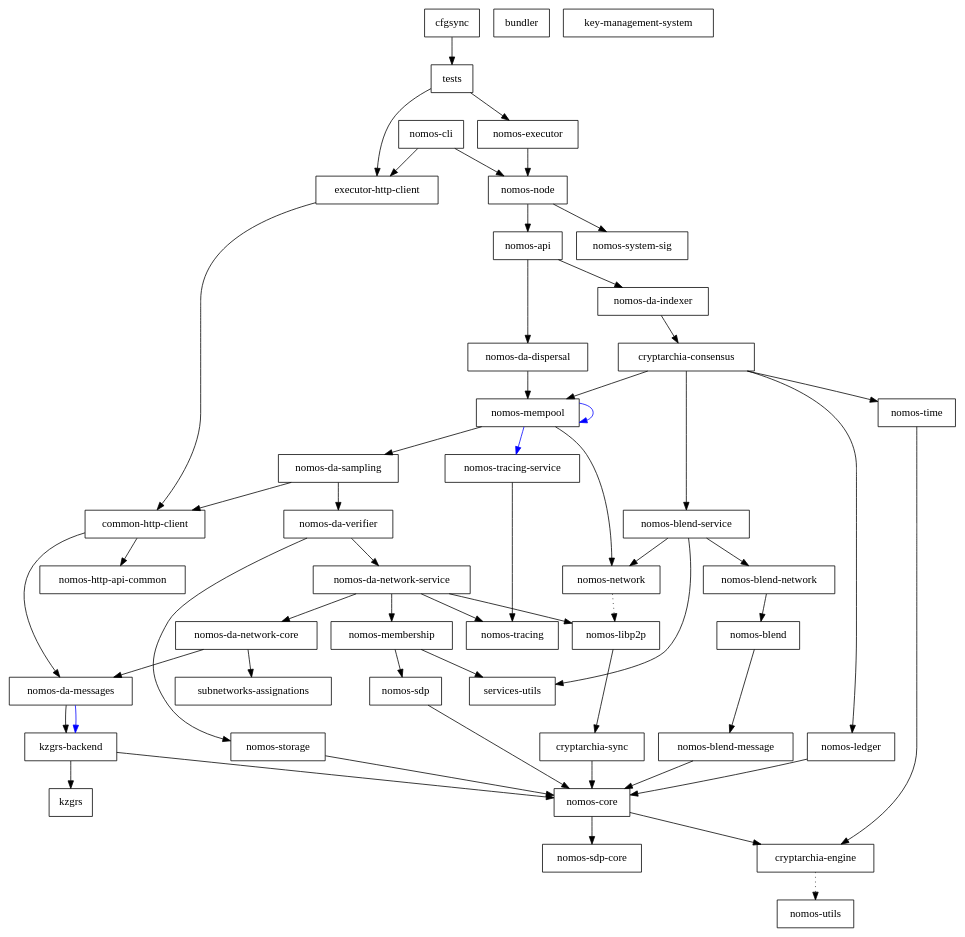
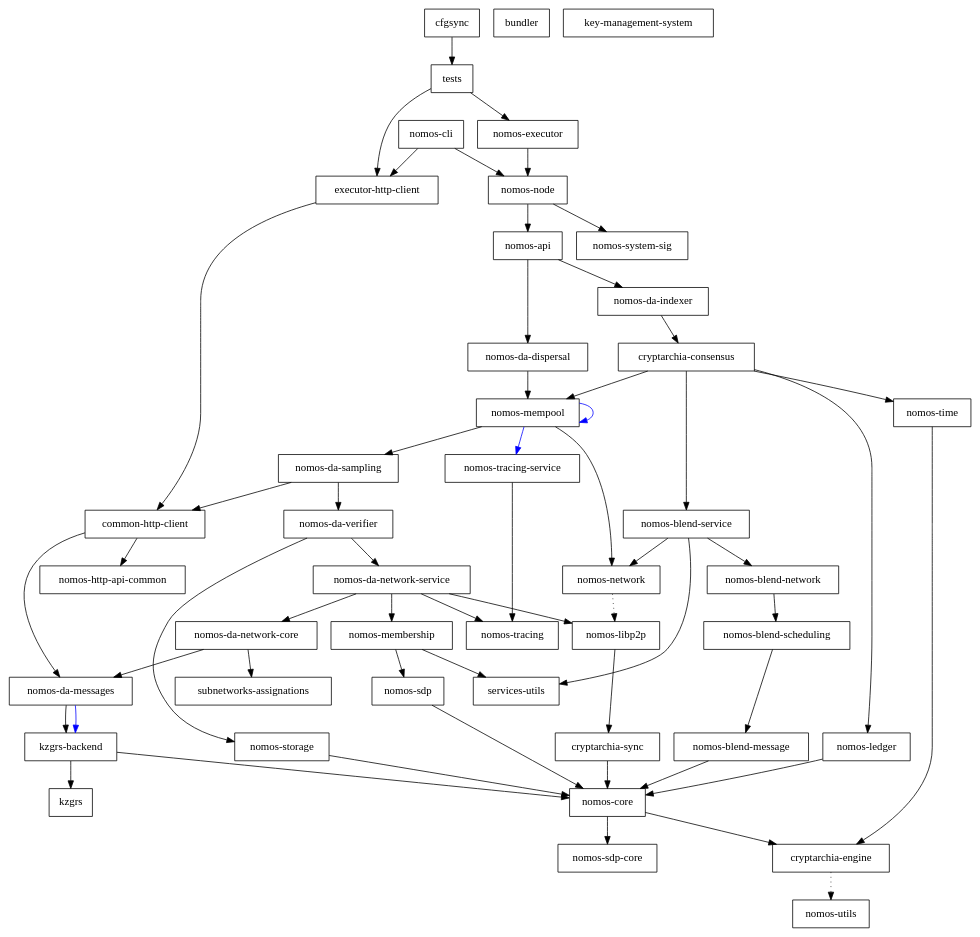
The diagram in dependencies_graph.dot (Astro521/logos-blockchain), drawn with Graphviz before and after one commit. The commit also changed 44 other files, not shown here.

Commit message:
feat(blend): new blend message scheduler (#1381)

```diff
--- a/dependencies_graph.dot
+++ b/dependencies_graph.dot
@@ -1,101 +1,101 @@
 digraph {
     0 [ label = "cryptarchia-engine" shape = box]
     1 [ label = "nomos-utils" shape = box]
     2 [ label = "cryptarchia-sync" shape = box]
     3 [ label = "nomos-core" shape = box]
     4 [ label = "nomos-sdp-core" shape = box]
     5 [ label = "nomos-ledger" shape = box]
     6 [ label = "nomos-http-api-common" shape = box]
     7 [ label = "nomos-executor" shape = box]
     8 [ label = "kzgrs-backend" shape = box]
     9 [ label = "kzgrs" shape = box]
     10 [ label = "nomos-api" shape = box]
     11 [ label = "cryptarchia-consensus" shape = box]
     12 [ label = "nomos-blend-service" shape = box]
-    13 [ label = "nomos-blend" shape = box]
-    14 [ label = "nomos-blend-message" shape = box]
-    15 [ label = "nomos-blend-network" shape = box]
+    13 [ label = "nomos-blend-message" shape = box]
+    14 [ label = "nomos-blend-network" shape = box]
+    15 [ label = "nomos-blend-scheduling" shape = box]
     16 [ label = "nomos-libp2p" shape = box]
     17 [ label = "nomos-network" shape = box]
     18 [ label = "services-utils" shape = box]
     19 [ label = "nomos-da-sampling" shape = box]
     20 [ label = "common-http-client" shape = box]
     21 [ label = "nomos-da-messages" shape = box]
     22 [ label = "nomos-da-network-core" shape = box]
     23 [ label = "subnetworks-assignations" shape = box]
     24 [ label = "nomos-da-network-service" shape = box]
     25 [ label = "nomos-membership" shape = box]
     26 [ label = "nomos-sdp" shape = box]
     27 [ label = "nomos-tracing" shape = box]
     28 [ label = "nomos-da-verifier" shape = box]
     29 [ label = "nomos-storage" shape = box]
     30 [ label = "nomos-mempool" shape = box]
     31 [ label = "nomos-tracing-service" shape = box]
     32 [ label = "nomos-time" shape = box]
     33 [ label = "nomos-da-dispersal" shape = box]
     34 [ label = "nomos-da-indexer" shape = box]
     35 [ label = "nomos-node" shape = box]
     36 [ label = "nomos-system-sig" shape = box]
     37 [ label = "executor-http-client" shape = box]
     38 [ label = "bundler" shape = box]
     39 [ label = "nomos-cli" shape = box]
     40 [ label = "key-management-system" shape = box]
     41 [ label = "cfgsync" shape = box]
     42 [ label = "tests" shape = box]
     0 -> 1 [ style = dotted]
     2 -> 3 [ ]
     3 -> 0 [ ]
     3 -> 4 [ ]
     5 -> 3 [ ]
     7 -> 35 [ ]
     8 -> 9 [ ]
     8 -> 3 [ ]
     10 -> 33 [ ]
     10 -> 34 [ ]
     11 -> 12 [ ]
     11 -> 5 [ ]
     11 -> 30 [ ]
     11 -> 32 [ ]
-    12 -> 15 [ ]
+    12 -> 14 [ ]
     12 -> 17 [ ]
     12 -> 18 [ ]
-    13 -> 14 [ ]
-    14 -> 3 [ ]
+    13 -> 3 [ ]
+    14 -> 15 [ ]
     15 -> 13 [ ]
     16 -> 2 [ ]
     17 -> 16 [ style = dotted]
     19 -> 20 [ ]
     19 -> 28 [ ]
     20 -> 21 [ ]
     20 -> 6 [ ]
     21 -> 8 [ ]
     21 -> 8 [ color = blue]
     22 -> 21 [ ]
     22 -> 23 [ ]
     24 -> 22 [ ]
     24 -> 16 [ ]
     24 -> 25 [ ]
     24 -> 27 [ ]
     25 -> 26 [ ]
     25 -> 18 [ ]
     26 -> 3 [ ]
     28 -> 24 [ ]
     28 -> 29 [ ]
     29 -> 3 [ ]
     30 -> 19 [ ]
     30 -> 30 [ color = blue]
     30 -> 17 [ ]
     30 -> 31 [ color = blue]
     31 -> 27 [ ]
     32 -> 0 [ ]
     33 -> 30 [ ]
     34 -> 11 [ ]
     35 -> 10 [ ]
     35 -> 36 [ ]
     37 -> 20 [ ]
     39 -> 37 [ ]
     39 -> 35 [ ]
     41 -> 42 [ ]
     42 -> 37 [ ]
     42 -> 7 [ ]
 }
```
